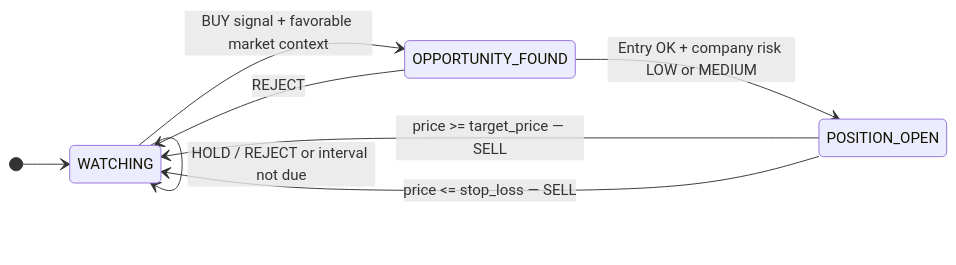
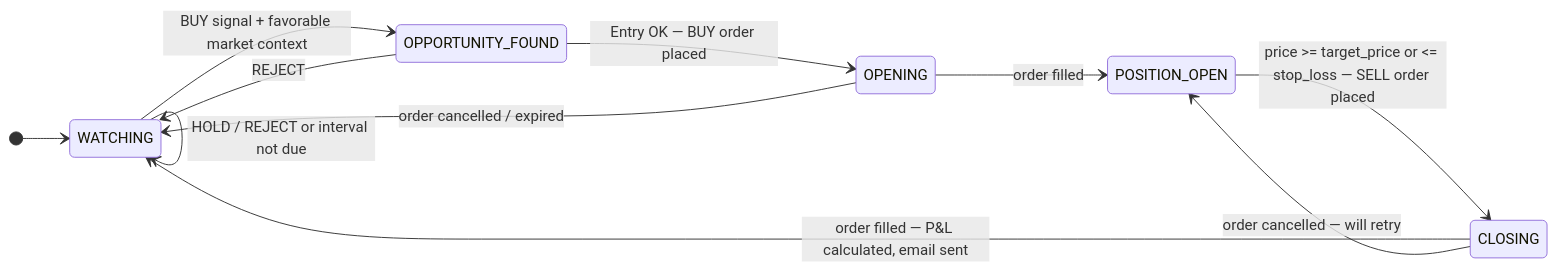
One commit to juandgm13/Trading-AI-Agent changed the first of 6 diagrams in docs/architecture.md. Above: the diagram before and after it, drawn with Mermaid. The commit also changed other lines of this file and 9 other files, not shown here.

First line of the commit message:
feat(monitor): estados OPENING/CLOSING + tracking de órdenes + P&L

````diff
--- a/docs/architecture.md
+++ b/docs/architecture.md
@@ -7,15 +7,20 @@
 ```mermaid
 stateDiagram-v2
     direction LR
 
     [*] --> WATCHING
 
     WATCHING --> OPPORTUNITY_FOUND : BUY signal + favorable market context
     WATCHING --> WATCHING : HOLD / REJECT or interval not due
 
-    OPPORTUNITY_FOUND --> POSITION_OPEN : Entry OK + company risk LOW or MEDIUM
+    OPPORTUNITY_FOUND --> OPENING : Entry OK — BUY order placed
     OPPORTUNITY_FOUND --> WATCHING : REJECT
 
-    POSITION_OPEN --> WATCHING : price >= target_price — SELL
-    POSITION_OPEN --> WATCHING : price <= stop_loss — SELL
+    OPENING --> POSITION_OPEN : order filled
+    OPENING --> WATCHING : order cancelled / expired
+
+    POSITION_OPEN --> CLOSING : price >= target_price or <= stop_loss — SELL order placed
+
+    CLOSING --> WATCHING : order filled — P&L calculated, email sent
+    CLOSING --> POSITION_OPEN : order cancelled — will retry
 ```
````
